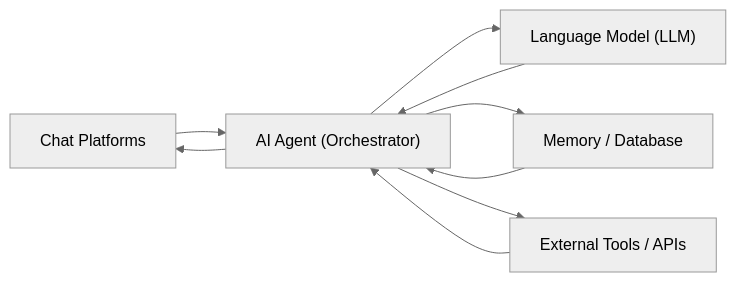
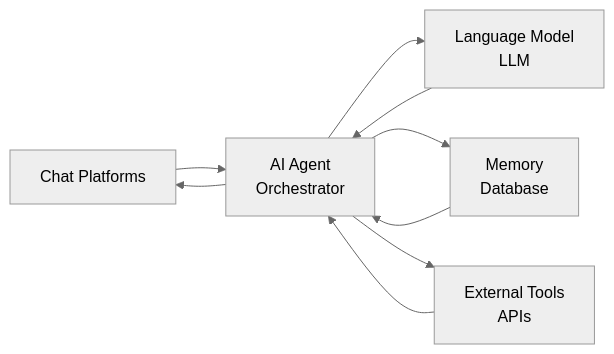
The first of 2 diagrams in blog/ai_assitants_explained.md (hermes-speedboat/wikijs.bitbull), drawn with Mermaid (neutral theme) before and after one commit. The commit also changed other lines of this file, not shown here.

````diff
--- a/blog/ai_assitants_explained.md
+++ b/blog/ai_assitants_explained.md
@@ -33,11 +45,11 @@
 ```mermaid
 graph LR
-  Chat["Chat Platforms"] --> Agent["AI Agent (Orchestrator)"]
-  Agent --> LLM["Language Model (LLM)"]
-  Agent --> Memory["Memory / Database"]
-  Agent --> Tools["External Tools / APIs"]
+  Chat["Chat Platforms"] --> Agent["AI Agent<br/>Orchestrator"]
+  Agent --> LLM["Language Model<br/>LLM"]
+  Agent --> Memory["Memory<br/>Database"]
+  Agent --> Tools["External Tools<br/>APIs"]
   Memory --> Agent
   LLM --> Agent
   Tools --> Agent
   Agent --> Chat
 ```
````
